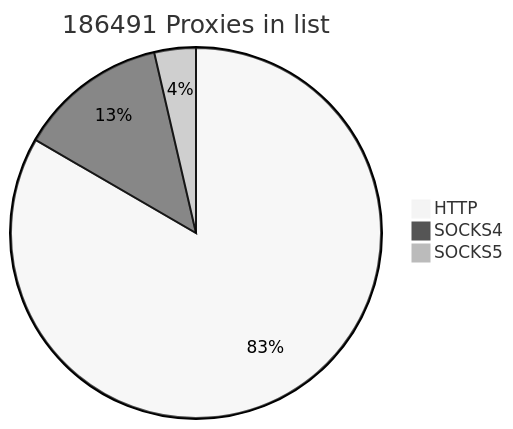
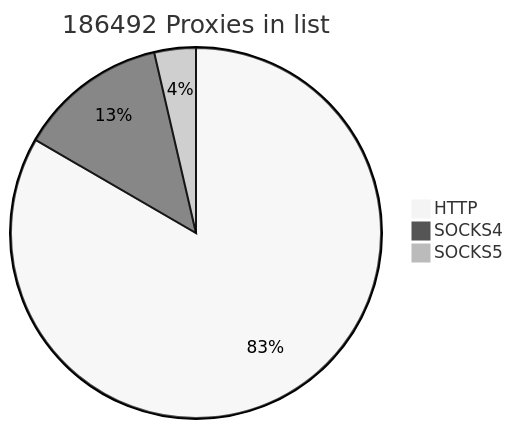
The first of 2 diagrams in README.md (cutipu/proxylist), drawn with Mermaid (neutral theme) before and after one commit. The commit also changed other lines of this file, not shown here.

````diff
--- a/README.md
+++ b/README.md
@@ -2,7 +2,7 @@
 ```mermaid
-pie title 186491 Proxies in list
+pie title 186492 Proxies in list
     "HTTP" : 155460
     "SOCKS4" : 24273
-    "SOCKS5" : 6758
+    "SOCKS5" : 6759
             
 ```
````
